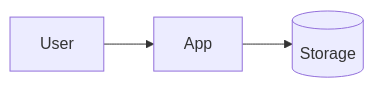
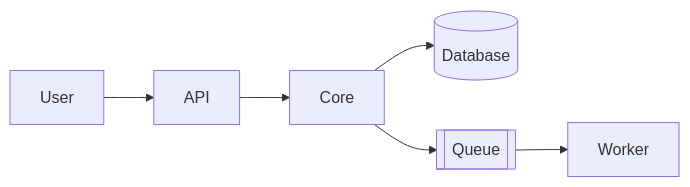
The first of 2 diagrams in templates/docs/architecture.md (rafiqui1987/markode), drawn with Mermaid before and after one commit. The commit also changed other lines of this file and 32 other files, not shown here.

````diff
--- a/templates/docs/architecture.md
+++ b/templates/docs/architecture.md
@@ -18,4 +33,5 @@
 ```mermaid
 flowchart LR
-  User --> App --> Data[(Storage)]
+  User --> API --> Core --> DB[(Database)]
+  Core --> Queue[[Queue]] --> Worker
 ```
````
